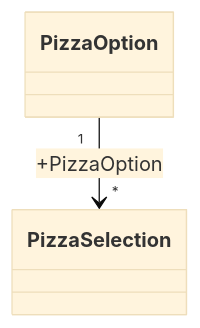
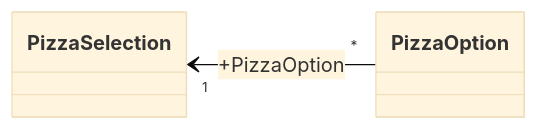
The diagram in README.md (ekral/Utb.PizzaKiosk), drawn with Mermaid (base theme) before and after one commit.

````diff
--- a/README.md
+++ b/README.md
@@ -162,4 +162,5 @@
 ```mermaid
  classDiagram
-      PizzaOption "1" --> "*" PizzaSelection : +PizzaOption
+   direction RL
+   PizzaOption "*" --> "1" PizzaSelection : +PizzaOption
 ```
````
